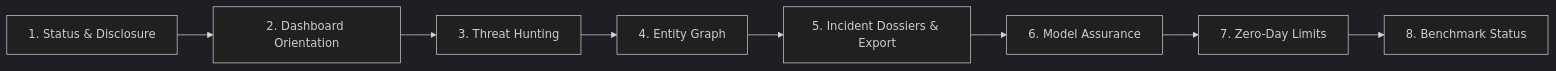
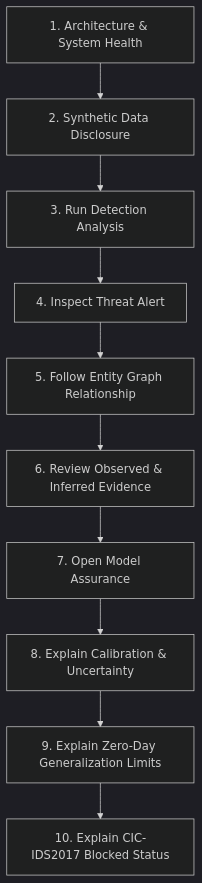
One commit to akashcodes23/AEGIS-ML changed the diagram in docs/DEMO_GUIDE.md. Above: the diagram before and after it, drawn with Mermaid (dark theme). The commit also changed other lines of this file and 7 other files, not shown here.

Commit message:
feat(stage9): release validation, evidence integrity, graph investigation UX, and production deployment readiness

````diff
--- a/docs/DEMO_GUIDE.md
+++ b/docs/DEMO_GUIDE.md
@@ -50,10 +50,12 @@
 ```mermaid
-graph LR
-    Step1["1. Status & Disclosure"] --> Step2["2. Dashboard Orientation"]
-    Step2 --> Step3["3. Threat Hunting"]
-    Step3 --> Step4["4. Entity Graph"]
-    Step4 --> Step5["5. Incident Dossiers & Export"]
-    Step5 --> Step6["6. Model Assurance"]
-    Step6 --> Step7["7. Zero-Day Limits"]
-    Step7 --> Step8["8. Benchmark Status"]
+graph TD
+    Step1["1. Architecture & System Health"] --> Step2["2. Synthetic Data Disclosure"]
+    Step2 --> Step3["3. Run Detection Analysis"]
+    Step3 --> Step4["4. Inspect Threat Alert"]
+    Step4 --> Step5["5. Follow Entity Graph Relationship"]
+    Step5 --> Step6["6. Review Observed & Inferred Evidence"]
+    Step6 --> Step7["7. Open Model Assurance"]
+    Step7 --> Step8["8. Explain Calibration & Uncertainty"]
+    Step8 --> Step9["9. Explain Zero-Day Generalization Limits"]
+    Step9 --> Step10["10. Explain CIC-IDS2017 Blocked Status"]
 ```
````
